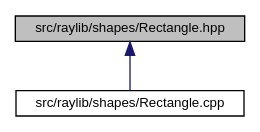
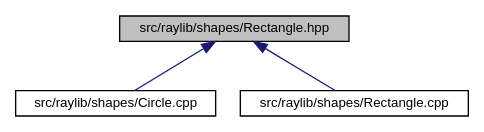
One commit to MisterPeModder/Bomberman-Global-Offensive changed the diagram in _rectangle_8hpp__dep__incl.dot. Above: the diagram before and after it, drawn with Graphviz. The commit also changed 98 other files, not shown here.

```diff
--- a/_rectangle_8hpp__dep__incl.dot
+++ b/_rectangle_8hpp__dep__incl.dot
@@ -1,9 +1,11 @@
 digraph "src/raylib/shapes/Rectangle.hpp"
 {
  // LATEX_PDF_SIZE
   edge [fontname="Helvetica",fontsize="10",labelfontname="Helvetica",labelfontsize="10"];
   node [fontname="Helvetica",fontsize="10",shape=record];
   Node1 [label="src/raylib/shapes/Rectangle.hpp",height=0.2,width=0.4,color="black", fillcolor="grey75", style="filled", fontcolor="black",tooltip=" "];
   Node1 -> Node2 [dir="back",color="midnightblue",fontsize="10",style="solid",fontname="Helvetica"];
-  Node2 [label="src/raylib/shapes/Rectangle.cpp",height=0.2,width=0.4,color="black", fillcolor="white", style="filled",URL="$_rectangle_8cpp.html",tooltip=" "];
+  Node2 [label="src/raylib/shapes/Circle.cpp",height=0.2,width=0.4,color="black", fillcolor="white", style="filled",URL="$_circle_8cpp.html",tooltip=" "];
+  Node1 -> Node3 [dir="back",color="midnightblue",fontsize="10",style="solid",fontname="Helvetica"];
+  Node3 [label="src/raylib/shapes/Rectangle.cpp",height=0.2,width=0.4,color="black", fillcolor="white", style="filled",URL="$_rectangle_8cpp.html",tooltip=" "];
 }
```
